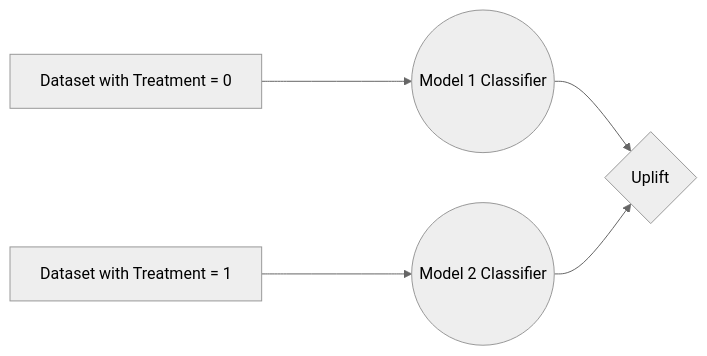
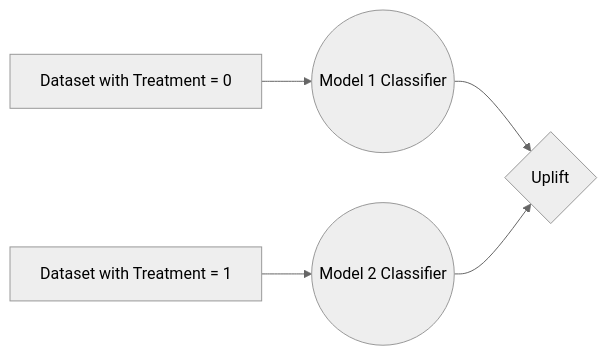
Before and after one commit to rahul-adwani/Propensity-Uplift-Modeling: the second of 2 diagrams in README.md, drawn with Mermaid (neutral theme). The commit also changed other lines of this file, not shown here.

````diff
--- a/README.md
+++ b/README.md
@@ -29,10 +29,10 @@
 ```mermaid
 graph LR
-A[Dataset with Treatment = 0 ] ----> B((Model 1 Classifier))
+A[Dataset with Treatment = 0 ] --> B((Model 1 Classifier))
 
-C[Dataset with Treatment = 1 ] ----> D((Model 2 Classifier))
+C[Dataset with Treatment = 1 ] --> D((Model 2 Classifier))
 
 B --> E{Uplift}
 
 D --> E{Uplift}
 ```
````
